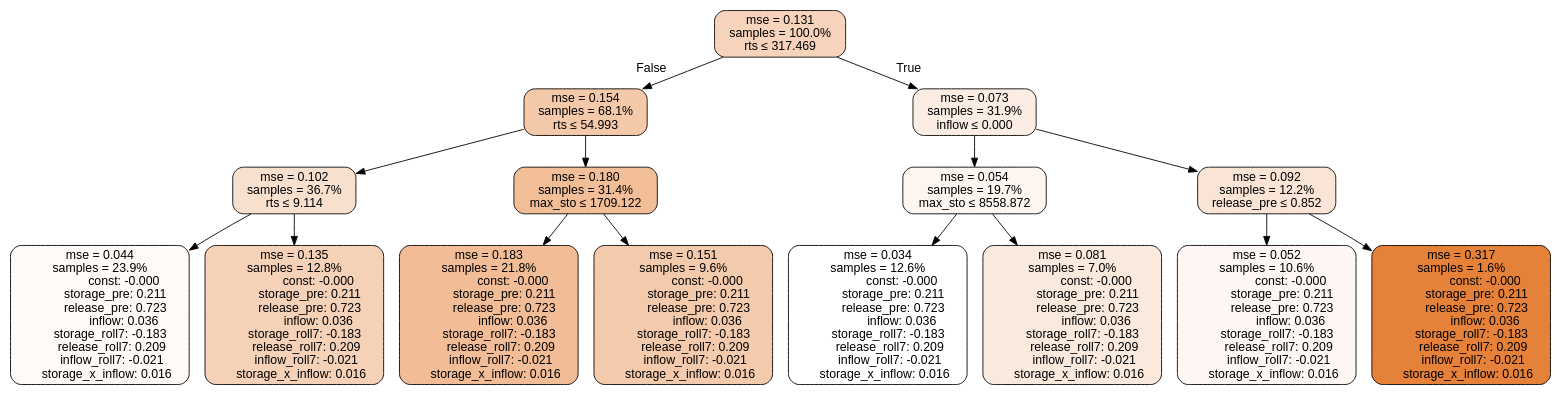
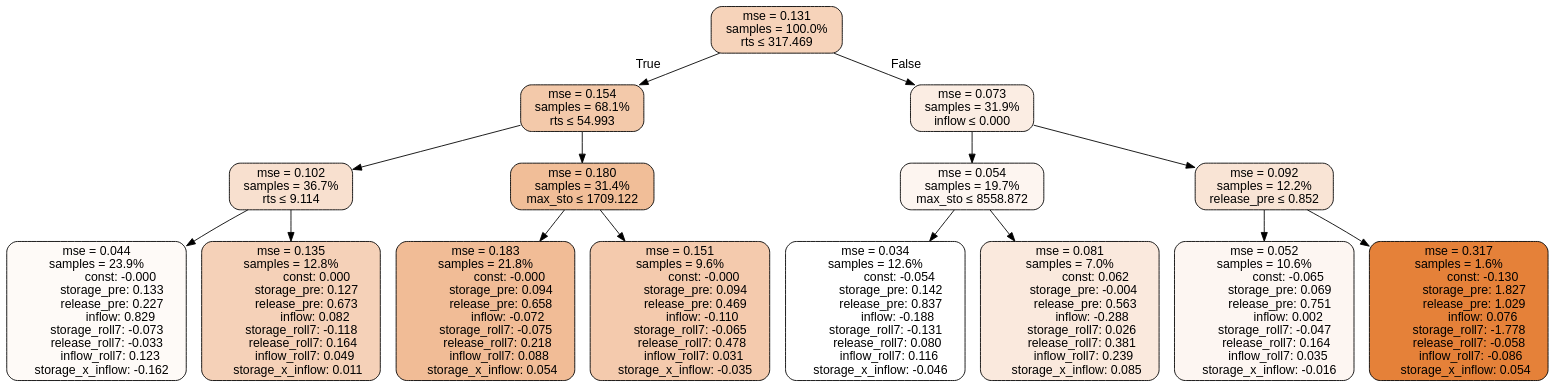
The diagram in results/tclr_spatial_eval/all/TD3_RT_MS_0.75_893/tree.dot (lcford2/predict-release), drawn with Graphviz before and after one commit. The commit also changed 1999 other files, not shown here.

```diff
--- a/results/tclr_spatial_eval/all/TD3_RT_MS_0.75_893/tree.dot
+++ b/results/tclr_spatial_eval/all/TD3_RT_MS_0.75_893/tree.dot
@@ -1,120 +1,121 @@
 digraph tree {
+bgcolor="transparent"
 node [shape=rectangle, style="filled, rounded", color="black", fontname=helvetica] ;
 edge [fontname=helvetica] ;
 	"0" [label="mse = 0.131
 samples = 100.0%
 rts &le; 317.469", fillcolor="#f6d3ba"]
 	"1" [label="mse = 0.154
 samples = 68.1%
 rts &le; 54.993", fillcolor="#f3c9aa"]
 	"2" [label="mse = 0.102
 samples = 36.7%
 rts &le; 9.114", fillcolor="#f8e0cf"]
 	"3" [label="mse = 0.044
 samples = 23.9%
                const: -0.000
-          storage_pre: 0.211
-          release_pre: 0.723
-               inflow: 0.036
-       storage_roll7: -0.183
-        release_roll7: 0.209
-        inflow_roll7: -0.021
-     storage_x_inflow: 0.016", fillcolor="#fefaf7"]
+          storage_pre: 0.133
+          release_pre: 0.227
+               inflow: 0.829
+       storage_roll7: -0.073
+       release_roll7: -0.033
+         inflow_roll7: 0.123
+    storage_x_inflow: -0.162", fillcolor="#fefaf7"]
 	"4" [label="mse = 0.135
 samples = 12.8%
-               const: -0.000
-          storage_pre: 0.211
-          release_pre: 0.723
-               inflow: 0.036
-       storage_roll7: -0.183
-        release_roll7: 0.209
-        inflow_roll7: -0.021
-     storage_x_inflow: 0.016", fillcolor="#f5d1b8"]
+                const: 0.000
+          storage_pre: 0.127
+          release_pre: 0.673
+               inflow: 0.082
+       storage_roll7: -0.118
+        release_roll7: 0.164
+         inflow_roll7: 0.049
+     storage_x_inflow: 0.011", fillcolor="#f5d1b8"]
 	"5" [label="mse = 0.180
 samples = 31.4%
 max_sto &le; 1709.122", fillcolor="#f1be98"]
 	"6" [label="mse = 0.183
 samples = 21.8%
                const: -0.000
-          storage_pre: 0.211
-          release_pre: 0.723
-               inflow: 0.036
-       storage_roll7: -0.183
-        release_roll7: 0.209
-        inflow_roll7: -0.021
-     storage_x_inflow: 0.016", fillcolor="#f1bc96"]
+          storage_pre: 0.094
+          release_pre: 0.658
+              inflow: -0.072
+       storage_roll7: -0.075
+        release_roll7: 0.218
+         inflow_roll7: 0.088
+     storage_x_inflow: 0.054", fillcolor="#f1bc96"]
 	"7" [label="mse = 0.151
 samples = 9.6%
                const: -0.000
-          storage_pre: 0.211
-          release_pre: 0.723
-               inflow: 0.036
-       storage_roll7: -0.183
-        release_roll7: 0.209
-        inflow_roll7: -0.021
-     storage_x_inflow: 0.016", fillcolor="#f4caad"]
+          storage_pre: 0.094
+          release_pre: 0.469
+              inflow: -0.110
+       storage_roll7: -0.065
+        release_roll7: 0.478
+         inflow_roll7: 0.031
+    storage_x_inflow: -0.035", fillcolor="#f4caad"]
 	"8" [label="mse = 0.073
 samples = 31.9%
 inflow &le; 0.000", fillcolor="#fbede3"]
 	"9" [label="mse = 0.054
 samples = 19.7%
 max_sto &le; 8558.872", fillcolor="#fdf5f0"]
 	"10" [label="mse = 0.034
 samples = 12.6%
-               const: -0.000
-          storage_pre: 0.211
-          release_pre: 0.723
-               inflow: 0.036
-       storage_roll7: -0.183
-        release_roll7: 0.209
-        inflow_roll7: -0.021
-     storage_x_inflow: 0.016", fillcolor="#ffffff"]
+               const: -0.054
+          storage_pre: 0.142
+          release_pre: 0.837
+              inflow: -0.188
+       storage_roll7: -0.131
+        release_roll7: 0.080
+         inflow_roll7: 0.116
+    storage_x_inflow: -0.046", fillcolor="#ffffff"]
 	"11" [label="mse = 0.081
 samples = 7.0%
-               const: -0.000
-          storage_pre: 0.211
-          release_pre: 0.723
-               inflow: 0.036
-       storage_roll7: -0.183
-        release_roll7: 0.209
-        inflow_roll7: -0.021
-     storage_x_inflow: 0.016", fillcolor="#fae9dd"]
+                const: 0.062
+         storage_pre: -0.004
+          release_pre: 0.563
+              inflow: -0.288
+        storage_roll7: 0.026
+        release_roll7: 0.381
+         inflow_roll7: 0.239
+     storage_x_inflow: 0.085", fillcolor="#fae9dd"]
 	"12" [label="mse = 0.092
 samples = 12.2%
 release_pre &le; 0.852", fillcolor="#f9e4d5"]
 	"13" [label="mse = 0.052
 samples = 10.6%
-               const: -0.000
-          storage_pre: 0.211
-          release_pre: 0.723
-               inflow: 0.036
-       storage_roll7: -0.183
-        release_roll7: 0.209
-        inflow_roll7: -0.021
-     storage_x_inflow: 0.016", fillcolor="#fdf6f2"]
+               const: -0.065
+          storage_pre: 0.069
+          release_pre: 0.751
+               inflow: 0.002
+       storage_roll7: -0.047
+        release_roll7: 0.164
+         inflow_roll7: 0.035
+    storage_x_inflow: -0.016", fillcolor="#fdf6f2"]
 	"14" [label="mse = 0.317
 samples = 1.6%
-               const: -0.000
-          storage_pre: 0.211
-          release_pre: 0.723
-               inflow: 0.036
-       storage_roll7: -0.183
-        release_roll7: 0.209
-        inflow_roll7: -0.021
-     storage_x_inflow: 0.016", fillcolor="#e58139"]
+               const: -0.130
+          storage_pre: 1.827
+          release_pre: 1.029
+               inflow: 0.076
+       storage_roll7: -1.778
+       release_roll7: -0.058
+        inflow_roll7: -0.086
+     storage_x_inflow: 0.054", fillcolor="#e58139"]
 
-	"0" -> "1" [labeldistance=2.5, labelangle=45, headlabel="False"]
+	"0" -> "1" [labeldistance=2.5, labelangle=45, headlabel="True"]
 	"1" -> "2"
 	"2" -> "3"
 	"2" -> "4"
 	"1" -> "5"
 	"5" -> "6"
 	"5" -> "7"
-	"0" -> "8" [labeldistance=2.5, labelangle=-45, headlabel="True"]
+	"0" -> "8" [labeldistance=2.5, labelangle=-45, headlabel="False"]
 	"8" -> "9"
 	"9" -> "10"
 	"9" -> "11"
 	"8" -> "12"
 	"12" -> "13"
 	"12" -> "14"
 }
```
